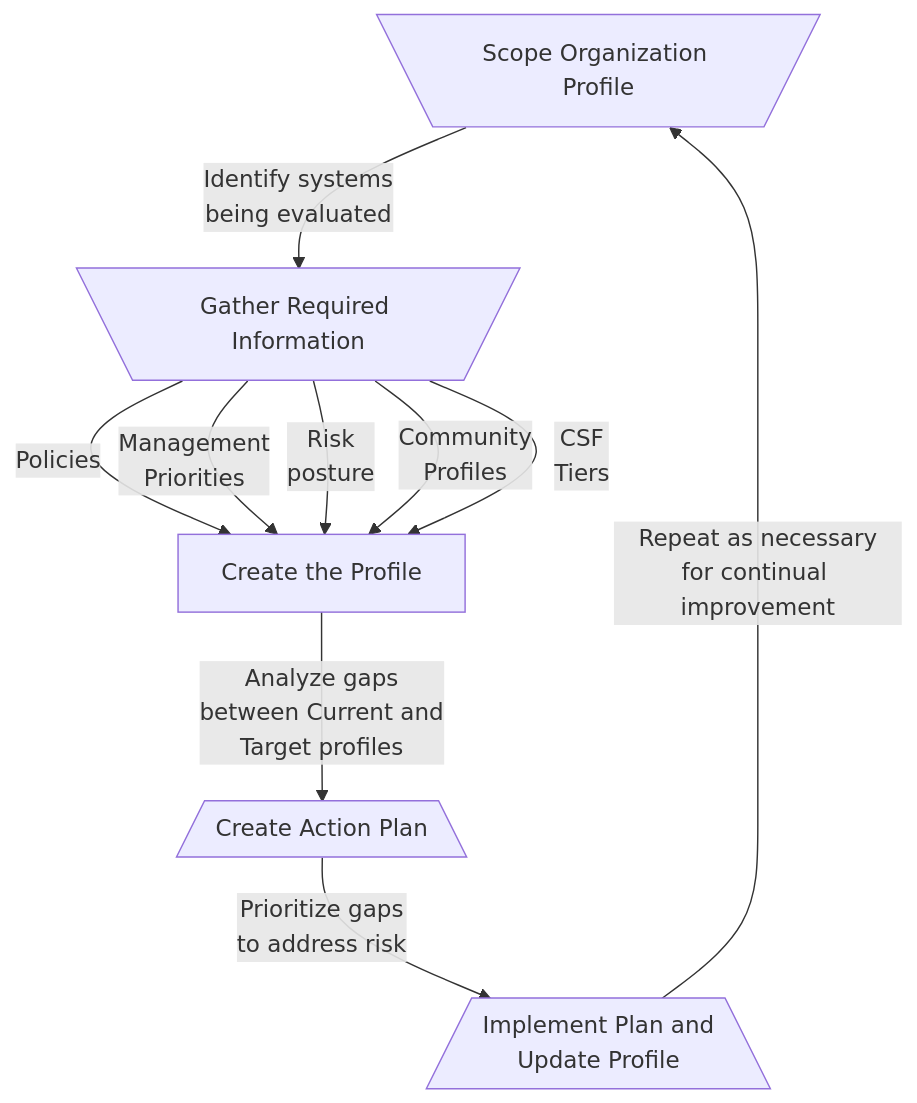
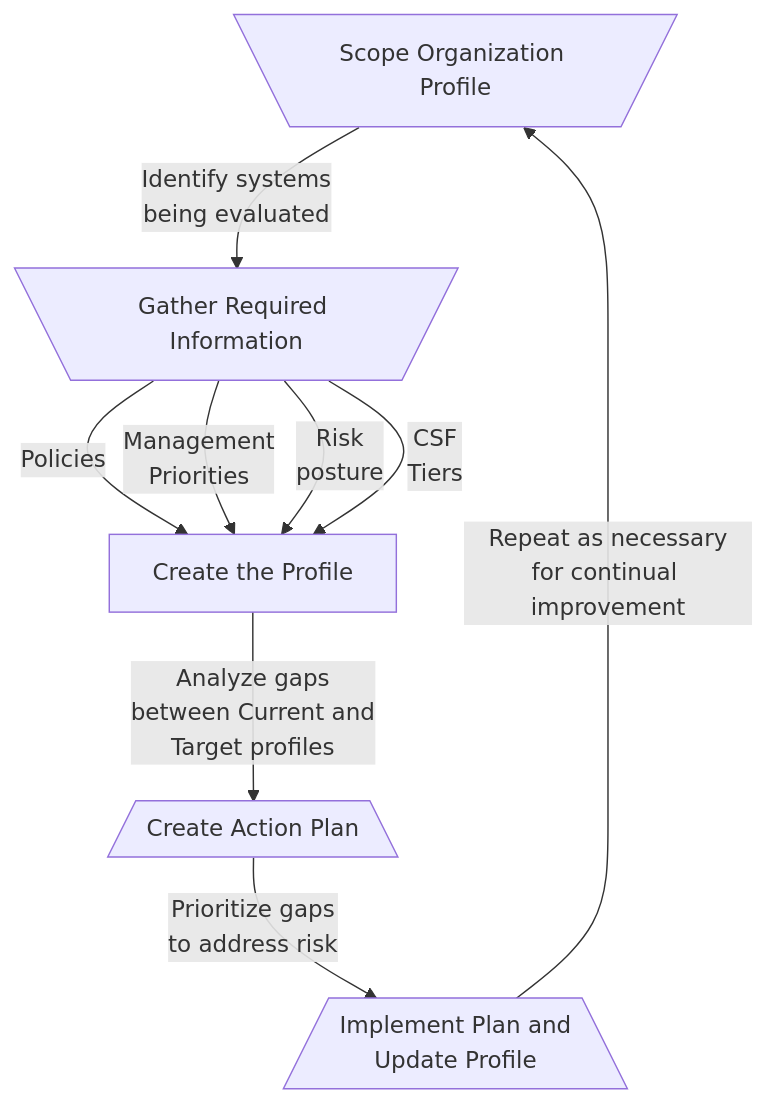
One commit to WiseGuru/MaxwellCTI changed the diagram in src/site/notes/Frameworks, Standards, and Regulations/NIST/NIST CSF/NIST CSF.md. Above: the diagram before and after it, drawn with Mermaid.

Commit message:
Published multiple files

````diff
--- a/src/site/notes/Frameworks, Standards, and Regulations/NIST/NIST CSF/NIST CSF.md
+++ b/src/site/notes/Frameworks, Standards, and Regulations/NIST/NIST CSF/NIST CSF.md
@@ -94,33 +94,31 @@
 ```mermaid
 flowchart
 A[\Scope Organization Profile/]
 B[\Gather Required Information/]
 C[Create the Profile]
 D[/Create Action Plan\]
 E[/Implement Plan and
 Update Profile\]
 
 A-->|Identify systems
 being evaluated| B
 
 B -->|Policies| C
 B-->|Management 
 Priorities| C
 B-->|Risk
 posture| C
-B-->|Community
-Profiles| C
 B-->|CSF
 Tiers| C
 
 C-->|Analyze gaps
 between Current and
 Target profiles|D
 
 D-->|Prioritize gaps
 to address risk|E
 
 E-->|Repeat as necessary
 for continual improvement|A
 
 ```
````
